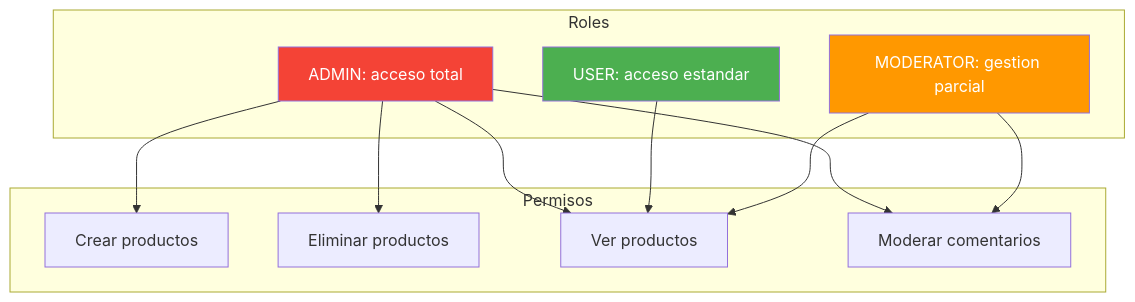
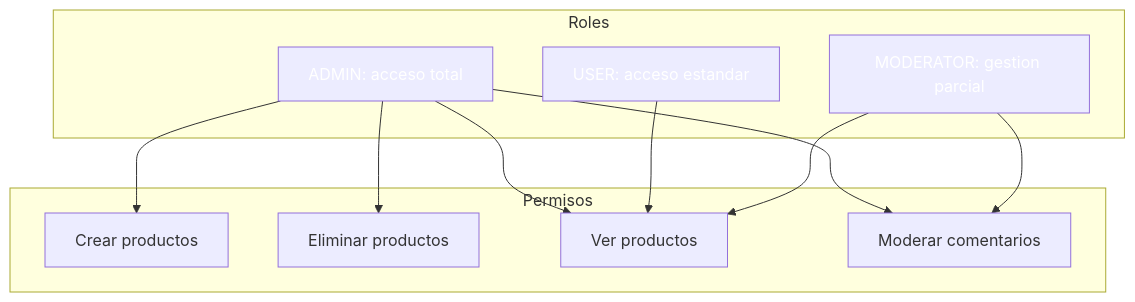
The seventh of 14 diagrams in 17-autorizacion.md (joseluisgs/DesarrolloWebEntornosServidor-02-2026-2027), drawn with Mermaid before and after one commit. The commit also changed other lines of this file and 41 other files, not shown here.

````diff
--- a/17-autorizacion.md
+++ b/17-autorizacion.md
@@ -209,27 +209,27 @@
 ```mermaid
 flowchart TD
     subgraph "Roles"
         ADMIN["ADMIN: acceso total"]
         USER["USER: acceso estandar"]
         MOD["MODERATOR: gestion parcial"]
     end
 
     subgraph "Permisos"
         P1["Crear productos"]
         P2["Eliminar productos"]
         P3["Ver productos"]
         P4["Moderar comentarios"]
     end
 
     ADMIN --> P1
     ADMIN --> P2
     ADMIN --> P3
     ADMIN --> P4
     USER --> P3
     MOD --> P3
     MOD --> P4
 
-    style ADMIN fill:#f44336,color:#fff
-    style USER fill:#4CAF50,color:#fff
-    style MOD fill:#FF9800,color:#fff
+    style ADMIN fill:#f4433,color:#fff6,color:#fff
+    style USER fill:#4CAF5,color:#fff0,color:#fff
+    style MOD fill:#FF980,color:#fff0,color:#fff
 ```
````
